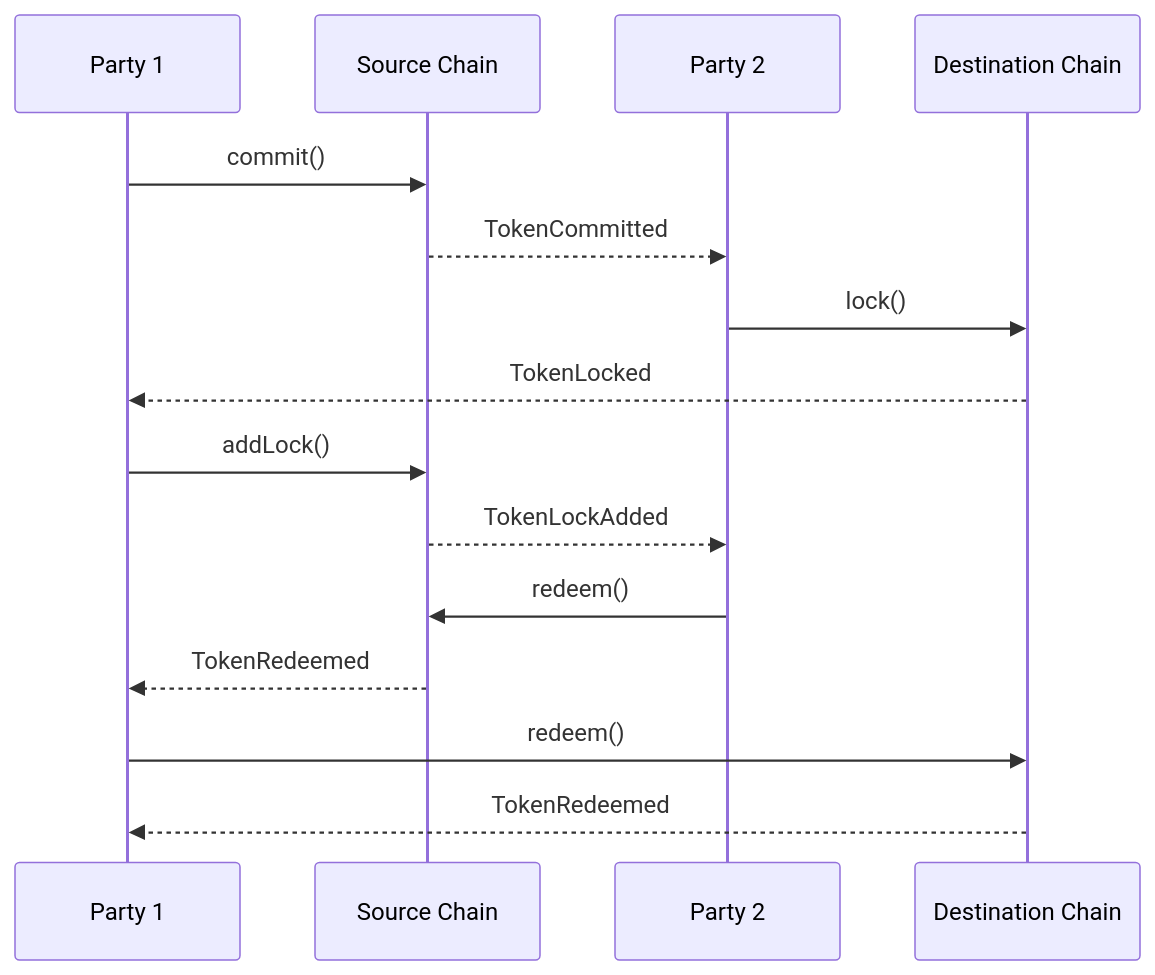
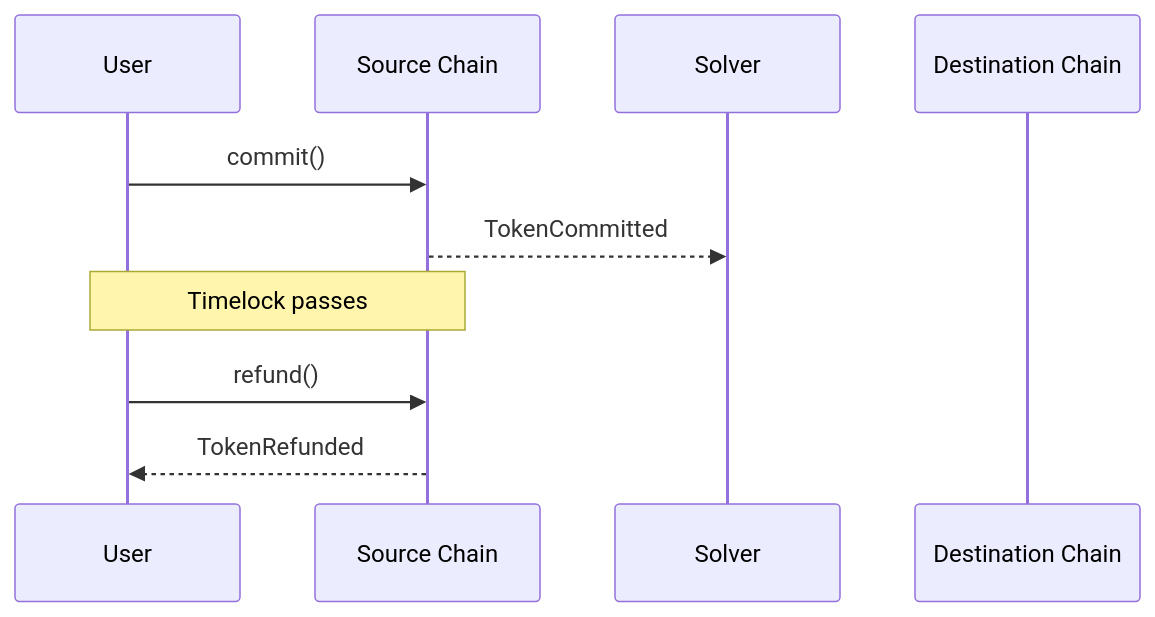
Before and after one commit to TrainProtocol/docs: the first of 4 diagrams in protocol-spec/edge-cases.mdx, drawn with Mermaid. The commit also changed other lines of this file and 1 other file, not shown here.

````diff
--- a/protocol-spec/edge-cases.mdx
+++ b/protocol-spec/edge-cases.mdx
@@ -11,19 +12,15 @@
 ```mermaid
 sequenceDiagram
-    participant P1 as Party 1
+    participant P1 as User
     participant SC as Source Chain
-    participant P2 as Party 2
+    participant P2 as Solver
     participant DC as Destination Chain
 
 	
     P1->>SC: commit()
     SC-->>P2: TokenCommitted
-    P2->>DC: lock()
-    DC-->>P1: TokenLocked
-    P1->>SC: addLock()
-    SC-->>P2: TokenLockAdded
-    P2->>SC: redeem()
-	  SC-->>P1: TokenRedeemed
-    P1->>DC: redeem()
-    DC-->>P1: TokenRedeemed
+    
+    Note over P1,SC: Timelock passes
+    P1->>SC: refund()
+    SC-->>P1: TokenRefunded
 ```
````
